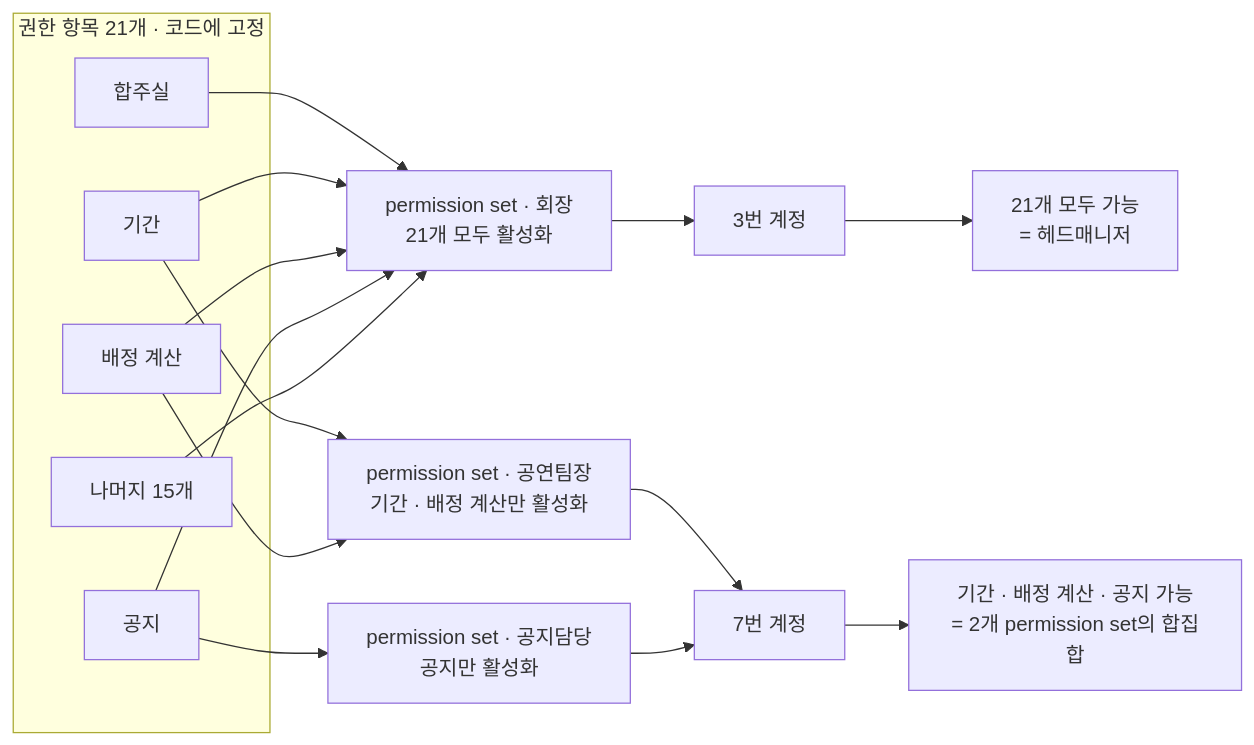
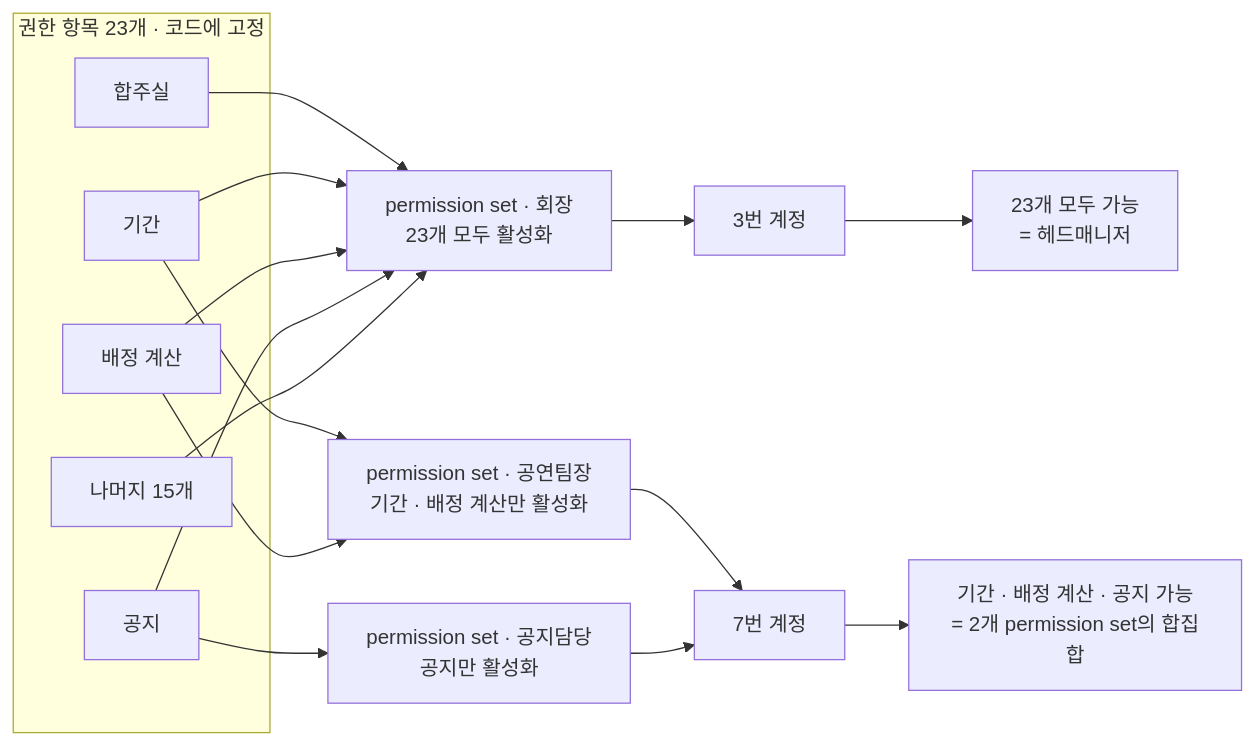
Before and after one commit to minkong-dev/Banblit: the third of 4 diagrams in .cluedoc/accounts-and-roles/README.md, drawn with Mermaid. The commit also changed other lines of this file and 15 other files, not shown here.

Commit message:
docs: record the admin sections, the reject flow and the user manual commands

````diff
--- a/.cluedoc/accounts-and-roles/README.md
+++ b/.cluedoc/accounts-and-roles/README.md
@@ -394,23 +395,23 @@
 ```mermaid
 flowchart LR
-    subgraph I[권한 항목 21개 · 코드에 고정]
+    subgraph I[권한 항목 23개 · 코드에 고정]
         A1[합주실]
         A2[기간]
         A3[배정 계산]
         A4[공지]
         A5[나머지 15개]
     end
     A1 --> B1
     A2 --> B1
     A3 --> B1
     A4 --> B1
     A5 --> B1
     A2 --> B2
     A3 --> B2
     A4 --> B3
-    B1[permission set · 회장<br/>21개 모두 활성화] --> M1[3번 계정]
+    B1[permission set · 회장<br/>23개 모두 활성화] --> M1[3번 계정]
     B2[permission set · 공연팀장<br/>기간 · 배정 계산만 활성화] --> M2[7번 계정]
     B3[permission set · 공지담당<br/>공지만 활성화] --> M2
-    M1 --> R1[21개 모두 가능<br/>= 헤드매니저]
+    M1 --> R1[23개 모두 가능<br/>= 헤드매니저]
     M2 --> R2[기간 · 배정 계산 · 공지 가능<br/>= 2개 permission set의 합집합]
 ```
````
